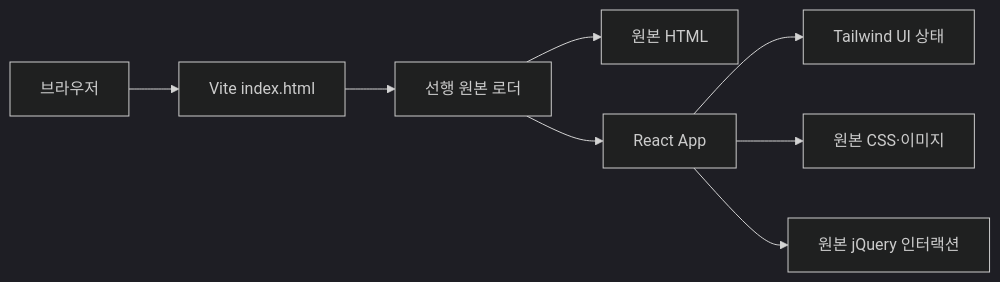
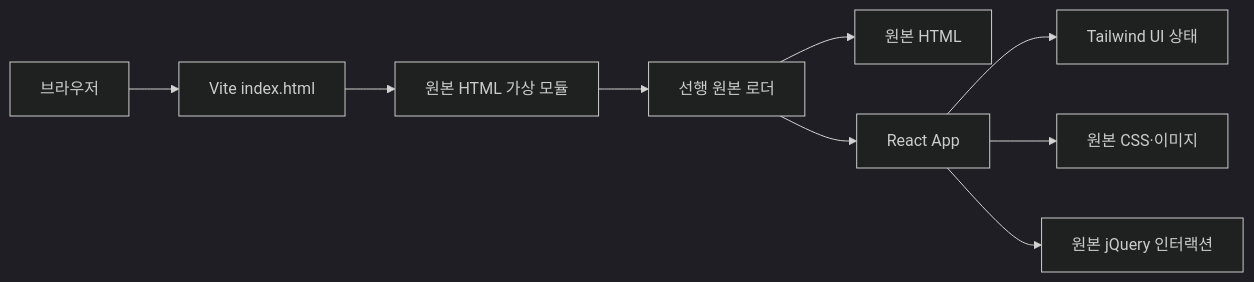
The diagram in docs/ARCHITECTURE.md (bonjin-app/portfolio.2015), drawn with Mermaid (dark theme) before and after one commit. The commit also changed other lines of this file and 5 other files, not shown here.

````diff
--- a/docs/ARCHITECTURE.md
+++ b/docs/ARCHITECTURE.md
@@ -18,10 +19,11 @@
 ```mermaid
 flowchart LR
   Browser["브라우저"] --> Vite["Vite index.html"]
-  Vite --> Loader["선행 원본 로더"]
+  Vite --> Bundle["원본 HTML 가상 모듈"]
+  Bundle --> Loader["선행 원본 로더"]
   Loader --> Markup["원본 HTML"]
   Loader --> React["React App"]
   React --> Tailwind["Tailwind UI 상태"]
   React --> Assets["원본 CSS·이미지"]
   React --> Scripts["원본 jQuery 인터랙션"]
 ```
````
